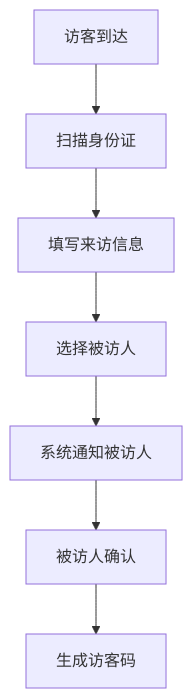
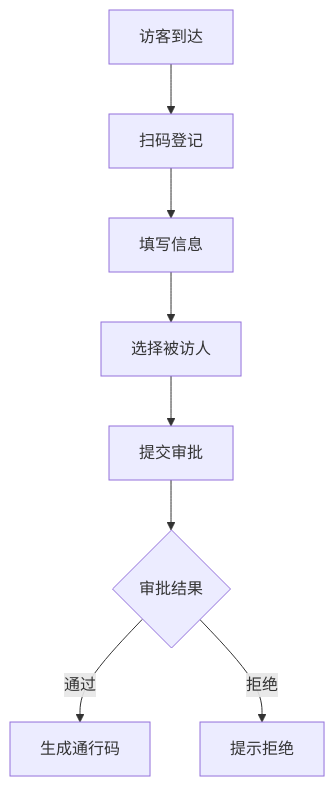
The diagram in devel/requirement.md (yuhaibao39/n8ndeploy), drawn with Mermaid before and after one commit. The commit also changed other lines of this file, not shown here.

````diff
--- a/devel/requirement.md
+++ b/devel/requirement.md
@@ -23,9 +25,10 @@
 ```mermaid
 graph TD
-    A[访客到达] --> B[扫描身份证]
-    B --> C[填写来访信息]
+    A[访客到达] --> B[扫码登记]
+    B --> C[填写信息]
     C --> D[选择被访人]
-    D --> E[系统通知被访人]
-    E --> F[被访人确认]
-    F --> G[生成访客码]
+    D --> E[提交审批]
+    E --> F{审批结果}
+    F -->|通过| G[生成通行码]
+    F -->|拒绝| H[提示拒绝]
 ```
````
